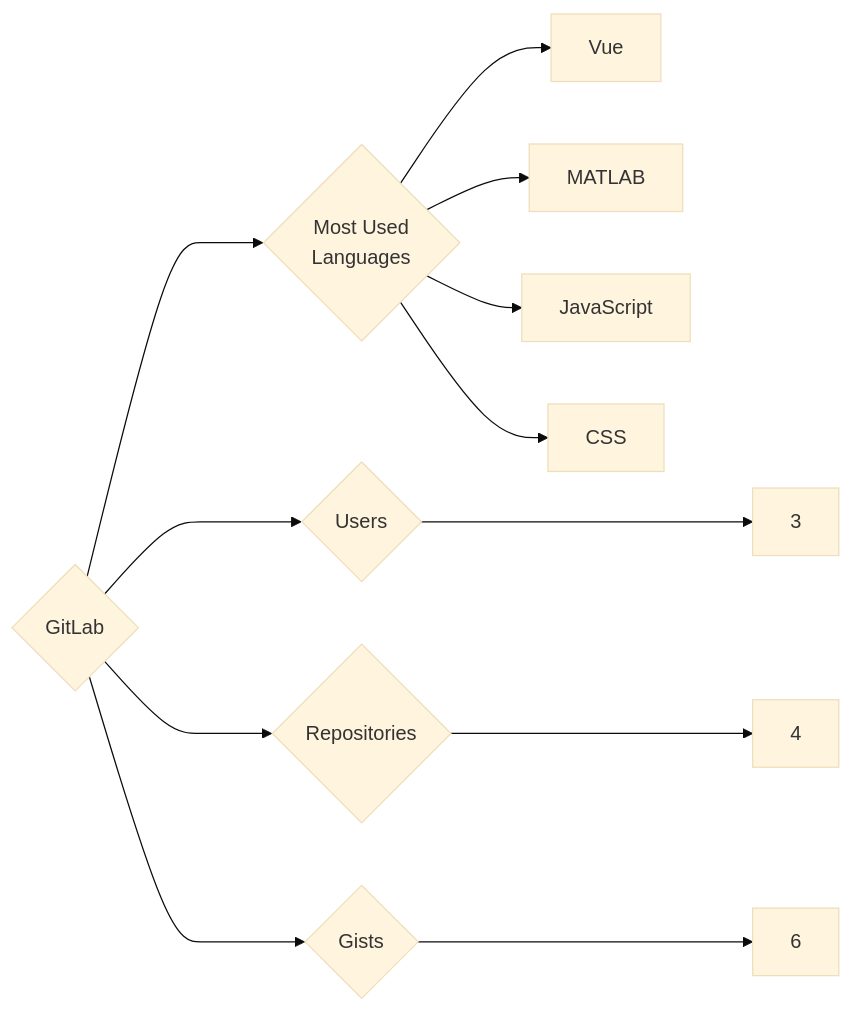
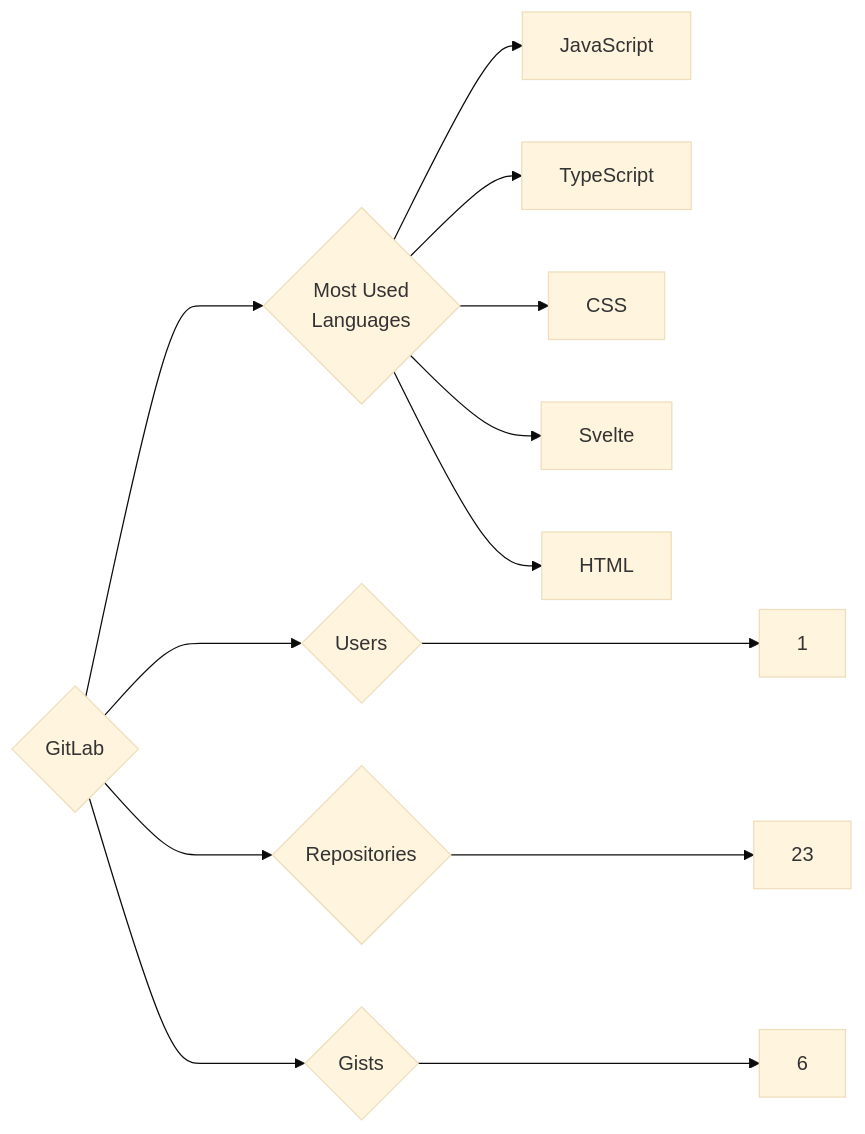
Before and after one commit to trickest/insiders: the diagram in targets/GitLab/README.md, drawn with Mermaid (base theme). The commit also changed 559 other files, not shown here.

````diff
--- a/targets/GitLab/README.md
+++ b/targets/GitLab/README.md
@@ -3,12 +3,13 @@
 ```mermaid
 graph LR
 COMPANY_NAME{GitLab}
-COMPANY_NAME ---> U{Users} ---> UN[3]
-COMPANY_NAME ---> R{Repositories} ---> RN[4]
+COMPANY_NAME ---> U{Users} ---> UN[1]
+COMPANY_NAME ---> R{Repositories} ---> RN[23]
 COMPANY_NAME ---> G{Gists} ---> GN[6]
 COMPANY_NAME ---> ML{Most Used<br>Languages}
-ML --> Vue[Vue]
-ML --> MATLAB[MATLAB]
 ML --> JavaScript[JavaScript]
+ML --> TypeScript[TypeScript]
 ML --> CSS[CSS]
+ML --> Svelte[Svelte]
+ML --> HTML[HTML]
 ```
````
